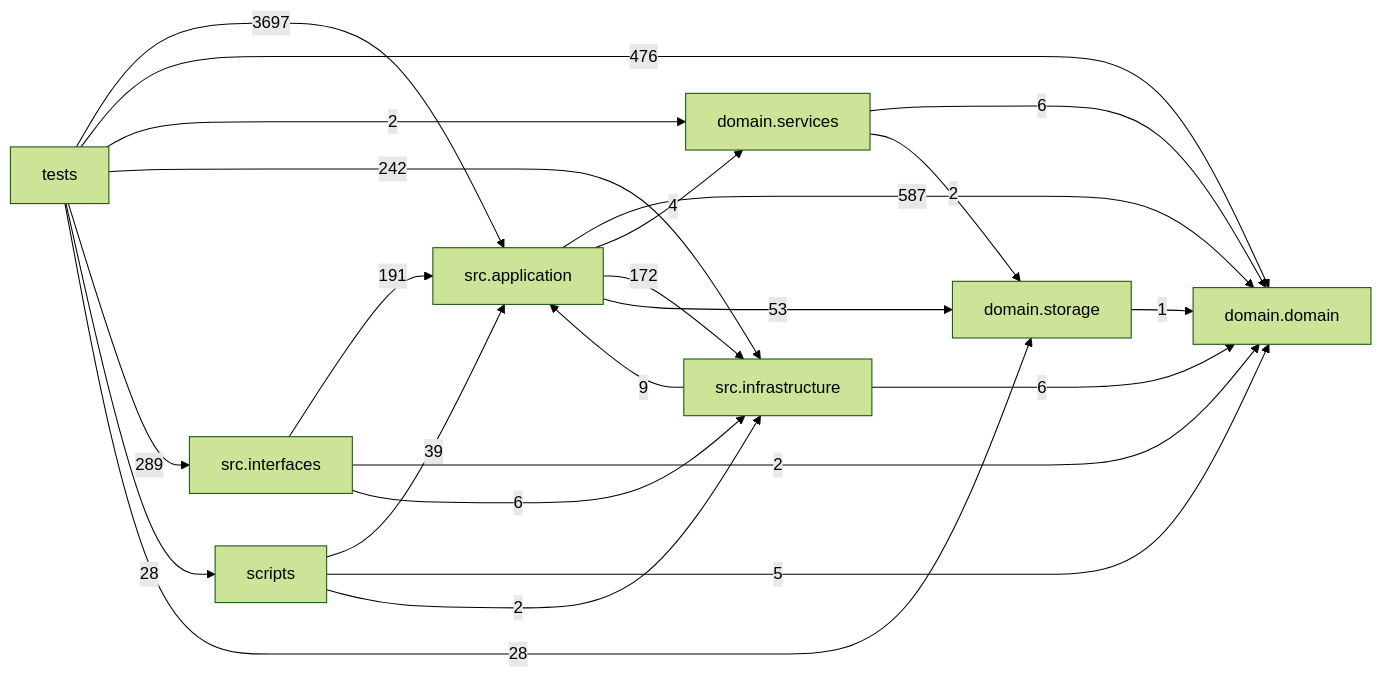
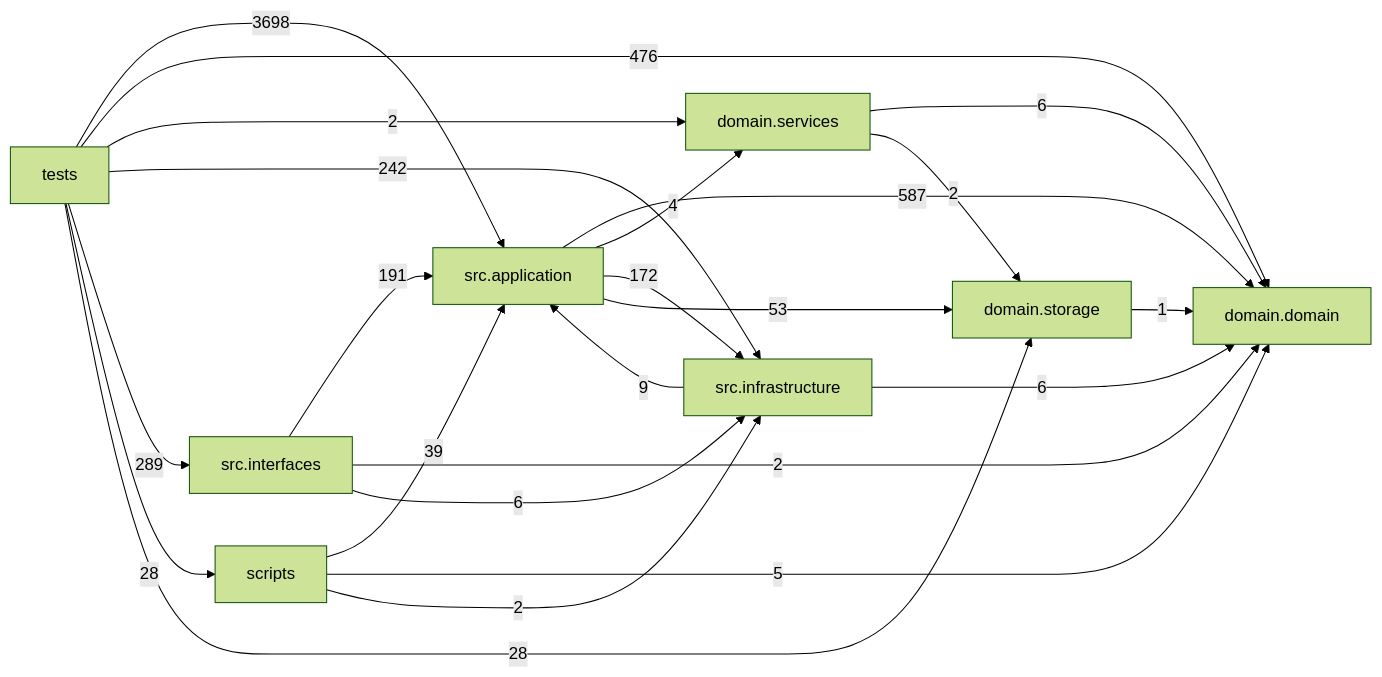
Before and after one commit to liuxie066/options-monitor: the diagram in docs/DEPENDENCY_GRAPH.md, drawn with Mermaid (forest theme). The commit also changed other lines of this file and 9 other files, not shown here.

Commit message:
fix(candidate): lock current owner schema contract

````diff
--- a/docs/DEPENDENCY_GRAPH.md
+++ b/docs/DEPENDENCY_GRAPH.md
@@ -24,33 +24,33 @@
 ```mermaid
 flowchart LR
   tests["tests"]
   scripts["scripts"]
   interfaces["src.interfaces"]
   application["src.application"]
   infrastructure["src.infrastructure"]
   domain_services["domain.services"]
   domain["domain.domain"]
   storage["domain.storage"]
   application -->|587| domain
   application -->|4| domain_services
   application -->|172| infrastructure
   application -->|53| storage
   domain_services -->|6| domain
   domain_services -->|2| storage
   infrastructure -->|9| application
   infrastructure -->|6| domain
   interfaces -->|191| application
   interfaces -->|2| domain
   interfaces -->|6| infrastructure
   scripts -->|39| application
   scripts -->|5| domain
   scripts -->|2| infrastructure
   storage -->|1| domain
-  tests -->|3697| application
+  tests -->|3698| application
   tests -->|476| domain
   tests -->|2| domain_services
   tests -->|242| infrastructure
   tests -->|289| interfaces
   tests -->|28| scripts
   tests -->|28| storage
 ```
````
